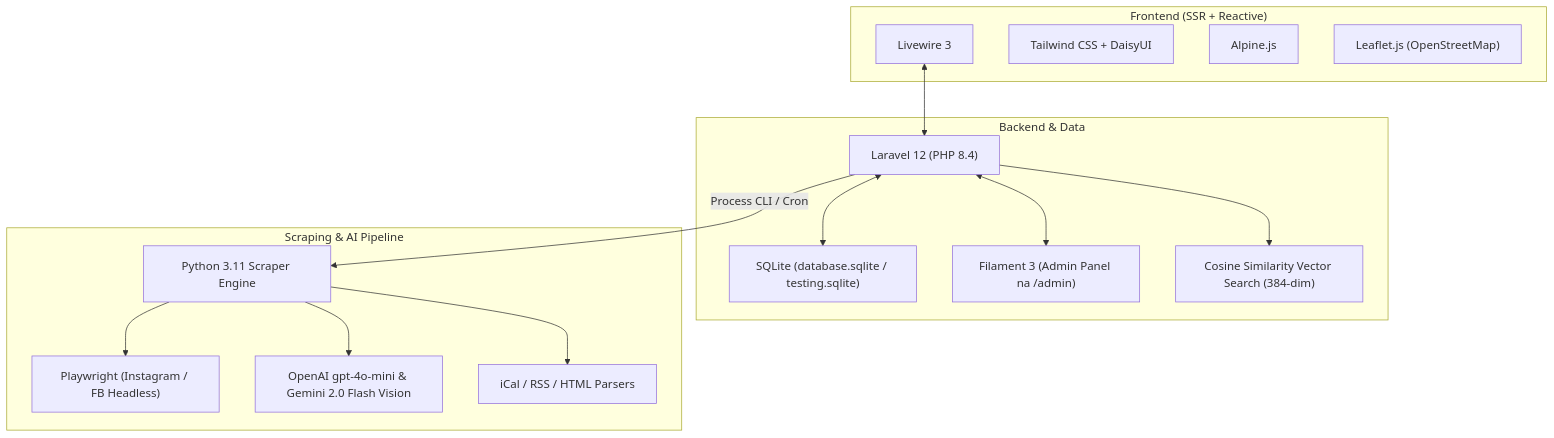
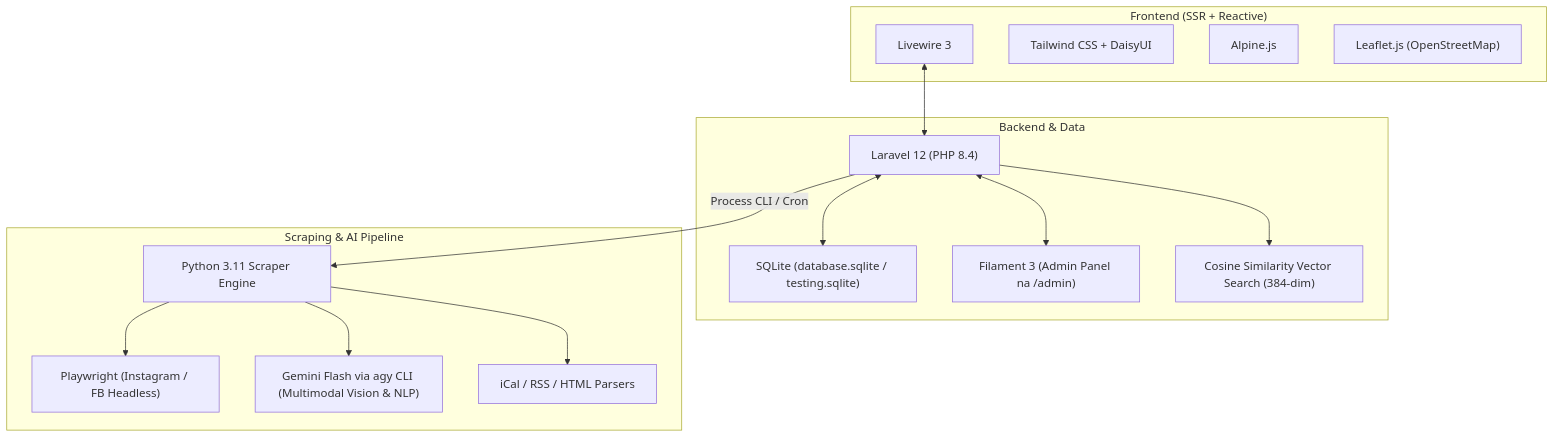
The first of 2 diagrams in ARCHITECTURE.md (tedKozub/brno-events), drawn with Mermaid before and after one commit. The commit also changed other lines of this file and 4 other files, not shown here.

Commit message:
refactor(ai): replace openai vision with local agy gemini flash vision

````diff
--- a/ARCHITECTURE.md
+++ b/ARCHITECTURE.md
@@ -20,32 +20,32 @@
 ```mermaid
 flowchart TD
     subgraph Frontend ["Frontend (SSR + Reactive)"]
         LW["Livewire 3"]
         TW["Tailwind CSS + DaisyUI"]
         ALP["Alpine.js"]
         LEAF["Leaflet.js (OpenStreetMap)"]
     end
 
     subgraph Backend ["Backend & Data"]
         L12["Laravel 12 (PHP 8.4)"]
         SQLITE["SQLite (database.sqlite / testing.sqlite)"]
         FILA["Filament 3 (Admin Panel na /admin)"]
         VEC["Cosine Similarity Vector Search (384-dim)"]
     end
 
     subgraph Scrapers ["Scraping & AI Pipeline"]
         PY["Python 3.11 Scraper Engine"]
         PW["Playwright (Instagram / FB Headless)"]
-        AI["OpenAI gpt-4o-mini & Gemini 2.0 Flash Vision"]
+        AI["Gemini Flash via agy CLI (Multimodal Vision & NLP)"]
         ICAL["iCal / RSS / HTML Parsers"]
     end
 
     LW <--> L12
     L12 <--> SQLITE
     L12 <--> FILA
     L12 --> VEC
     L12 -- "Process CLI / Cron" --> PY
     PY --> PW
     PY --> AI
     PY --> ICAL
 ```
````
